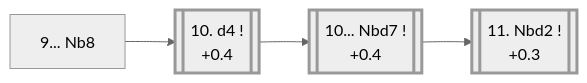
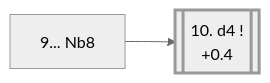
Before and after one commit to onclemarcel/chess_flashcards: the diagram in e4_openings/C94_Ruy_Lopez_Breyer.md, drawn with Mermaid (neutral theme). The commit also changed other lines of this file and 12 other files, not shown here.

````diff
--- a/e4_openings/C94_Ruy_Lopez_Breyer.md
+++ b/e4_openings/C94_Ruy_Lopez_Breyer.md
@@ -12,14 +12,10 @@
 ```mermaid
 flowchart LR
     classDef main stroke-width:3px;
 
     Nb8["9... Nb8"]
     click Nb8 "#_initial_move_" "C94 · Ruy Lopez: Closed, Breyer Defense"
 
     Nb8 --> d4[["10. d4 !<br/>+0.4"]]:::main
-    click d4 "#_d4_" "C95 · Ruy Lopez: Closed, Breyer"
-    d4 --> Nbd7[["10... Nbd7 !<br/>+0.4"]]:::main
-    click Nbd7 "#_Nbd7_" "C95 · Ruy Lopez: Closed, Breyer"
-    Nbd7 --> Nbd2b[["11. Nbd2 !<br/>+0.3"]]:::main
-    click Nbd2b "#_Nbd2b_" "C95 · Ruy Lopez: Closed, Breyer"
+    click d4 "https://github.com/onclemarcel/chess_flashcards/blob/main/e4_openings/C95_Ruy_Lopez_Breyer_Main_Line.md" "C95 · Ruy Lopez: Closed, Breyer"
 ```
````
